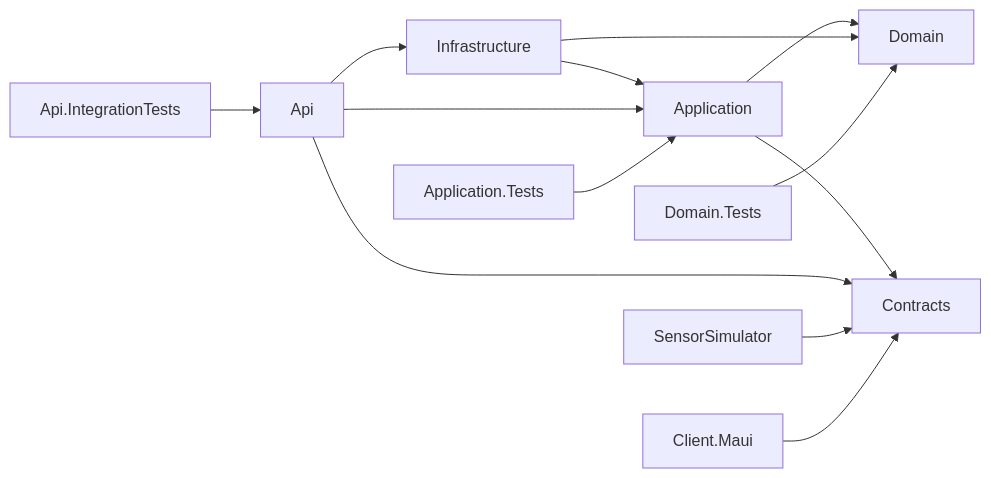
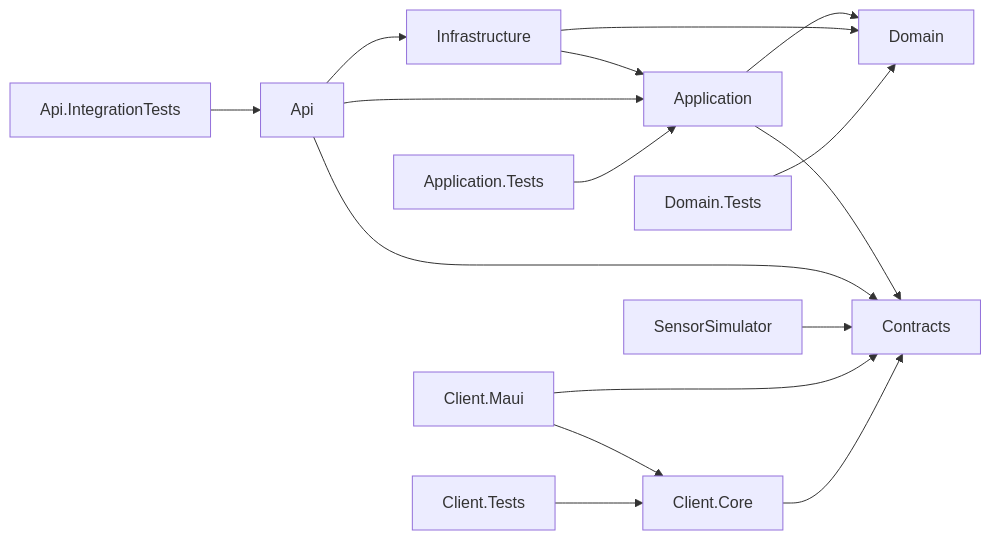
The diagram in README.md (katyadn/mppSTEM), drawn with Mermaid before and after one commit. The commit also changed other lines of this file and 5 other files, not shown here.

````diff
--- a/README.md
+++ b/README.md
@@ -37,15 +38,18 @@
 ```mermaid
 graph LR
   Application --> Domain
   Application --> Contracts
   Infrastructure --> Application
   Infrastructure --> Domain
   Api --> Application
   Api --> Infrastructure
   Api --> Contracts
   SensorSimulator --> Contracts
   ClientMaui[Client.Maui] --> Contracts
+  ClientMaui --> ClientCore[Client.Core]
+  ClientCore --> Contracts
+  ClientTests[Client.Tests] --> ClientCore
   DomainTests[Domain.Tests] --> Domain
   ApplicationTests[Application.Tests] --> Application
   ApiTests[Api.IntegrationTests] --> Api
 ```
````
